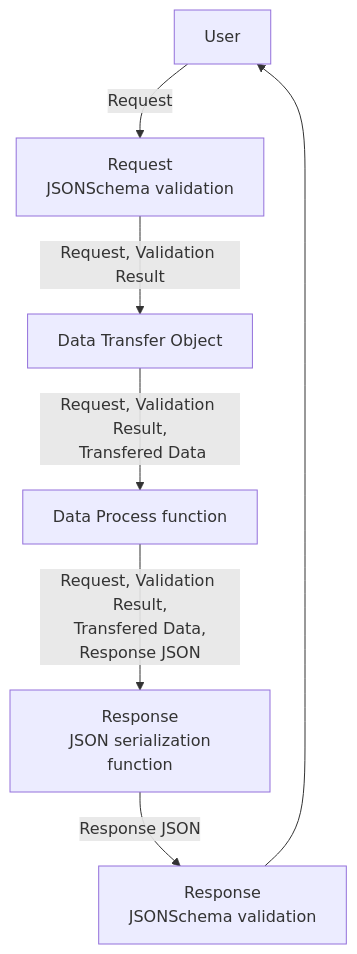
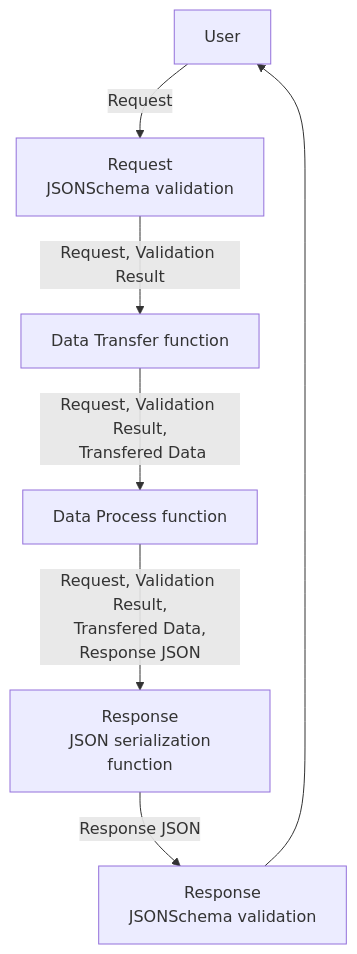
Before and after one commit to maeumjs/maeum-hono-pet-store: the diagram in README.md, drawn with Mermaid. The commit also changed other lines of this file and 170 other files, not shown here.

````diff
--- a/README.md
+++ b/README.md
@@ -71,16 +23,16 @@
 ```mermaid
 graph TD
     A01[User]
     A02[Request<BR /> JSONSchema validation]
-    A03[Data Transfer Object]
+    A03[Data Transfer function]
     A04[Data Process function]
     A05[Response<BR /> JSON serialization function]
     A06[Response<BR /> JSONSchema validation]
 
     A01-->|Request|A02
     A02-->|Request, Validation Result|A03
     A03-->|Request, Validation Result,<BR /> Transfered Data|A04
     A04-->|Request, Validation Result,<BR /> Transfered Data, Response JSON|A05
     A05-->|Response JSON|A06
     A06-->A01
 ```
````
